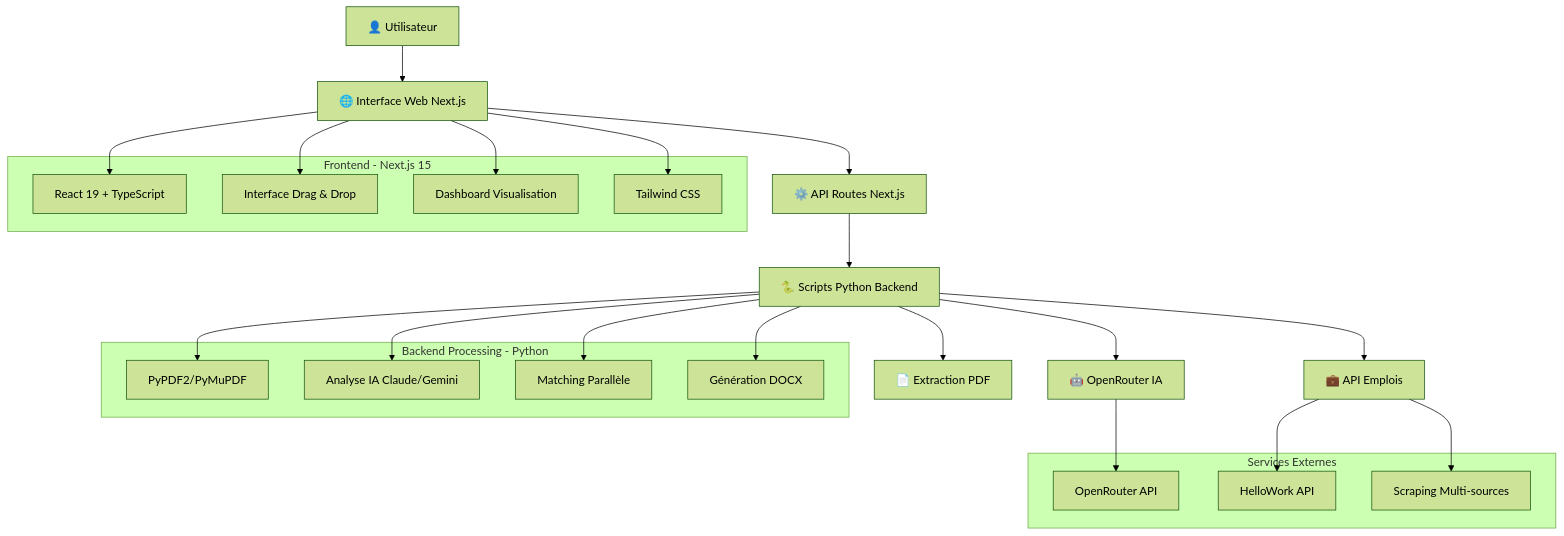
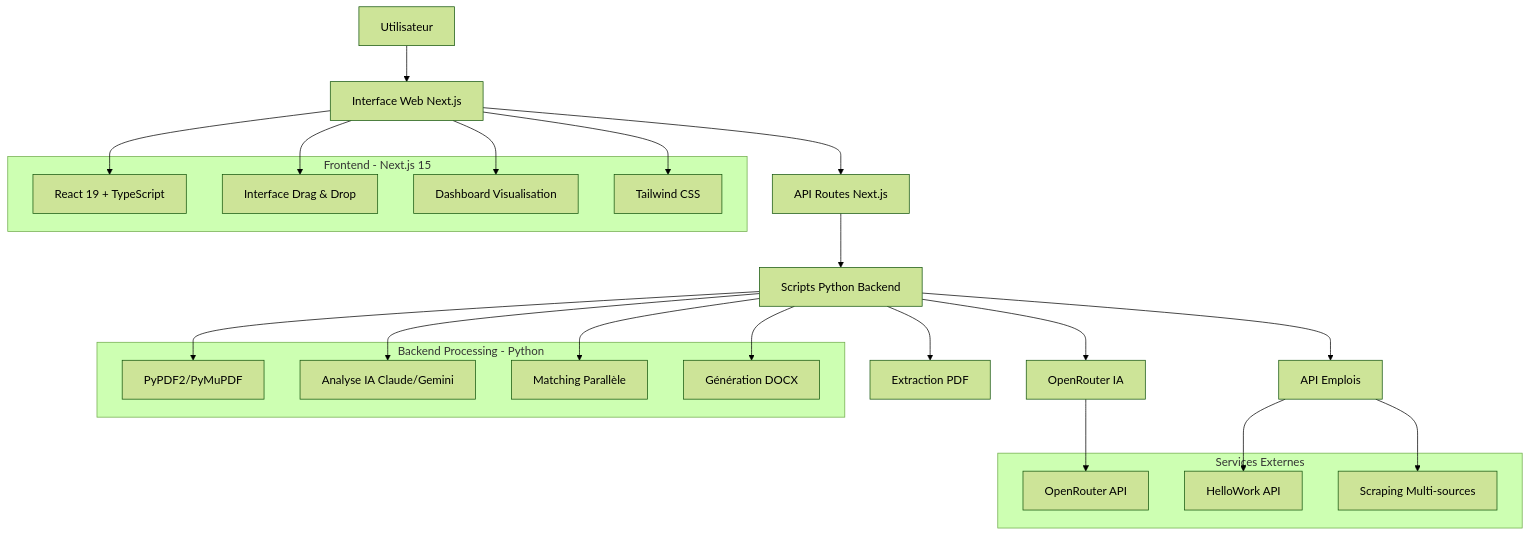
The first of 5 diagrams in README.md (brayedna/CV-AI-Job-Matcher), drawn with Mermaid (forest theme) before and after one commit. The commit also changed other lines of this file, not shown here.

````diff
--- a/README.md
+++ b/README.md
@@ -59,43 +59,43 @@
 ```mermaid
 graph TB
-    A[👤 Utilisateur] --> B[🌐 Interface Web Next.js]
-    B --> C[⚙️ API Routes Next.js]
-    C --> D[🐍 Scripts Python Backend]
-    D --> E[📄 Extraction PDF]
-    D --> F[🤖 OpenRouter IA]
-    D --> G[💼 API Emplois]
+    A[Utilisateur] --> B[Interface Web Next.js]
+    B --> C[API Routes Next.js]
+    C --> D[Scripts Python Backend]
+    D --> E[Extraction PDF]
+    D --> F[OpenRouter IA]
+    D --> G[API Emplois]
 
     subgraph "Frontend - Next.js 15"
         B1[React 19 + TypeScript]
         B2[Interface Drag & Drop]
         B3[Dashboard Visualisation]
         B4[Tailwind CSS]
     end
 
     subgraph "Backend Processing - Python"
         D1[PyPDF2/PyMuPDF]
         D2[Analyse IA Claude/Gemini]
         D3[Matching Parallèle]
         D4[Génération DOCX]
     end
 
     subgraph "Services Externes"
         F1[OpenRouter API]
         G1[HelloWork API]
         G2[Scraping Multi-sources]
     end
 
     B --> B1
     B --> B2
     B --> B3
     B --> B4
 
     D --> D1
     D --> D2
     D --> D3
     D --> D4
 
     F --> F1
     G --> G1
     G --> G2
 ```
````
